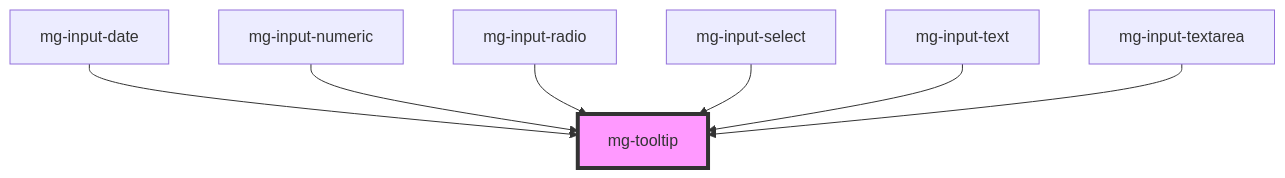
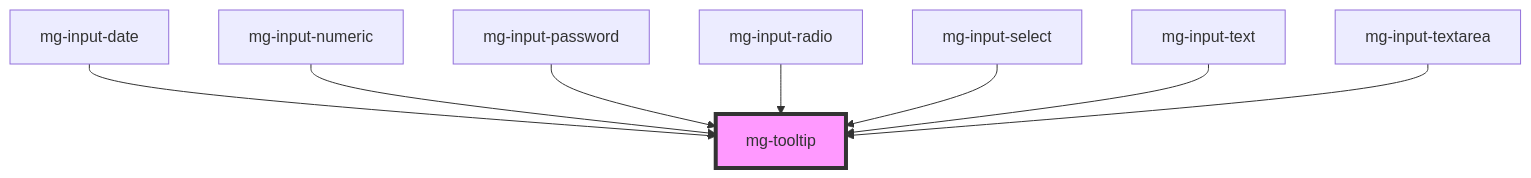
The diagram in src/components/atoms/mg-tooltip/readme.md (MGDIS/mg-components), drawn with Mermaid before and after one commit. The commit also changed other lines of this file and 43 other files, not shown here.

First line of the commit message:
feat(mg-input-password): add molecule

````diff
--- a/src/components/atoms/mg-tooltip/readme.md
+++ b/src/components/atoms/mg-tooltip/readme.md
@@ -28,10 +29,11 @@
 ```mermaid
 graph TD;
   mg-input-date --> mg-tooltip
   mg-input-numeric --> mg-tooltip
+  mg-input-password --> mg-tooltip
   mg-input-radio --> mg-tooltip
   mg-input-select --> mg-tooltip
   mg-input-text --> mg-tooltip
   mg-input-textarea --> mg-tooltip
   style mg-tooltip fill:#f9f,stroke:#333,stroke-width:4px
 ```
````
